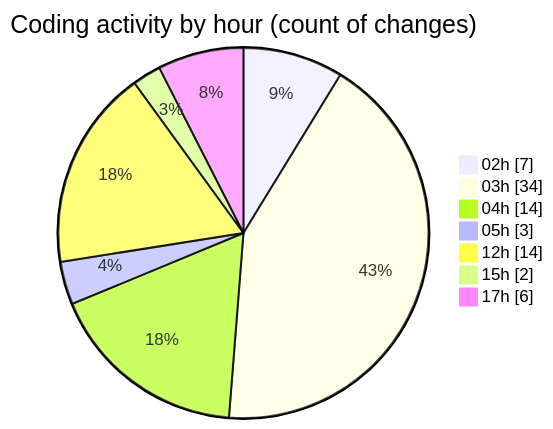
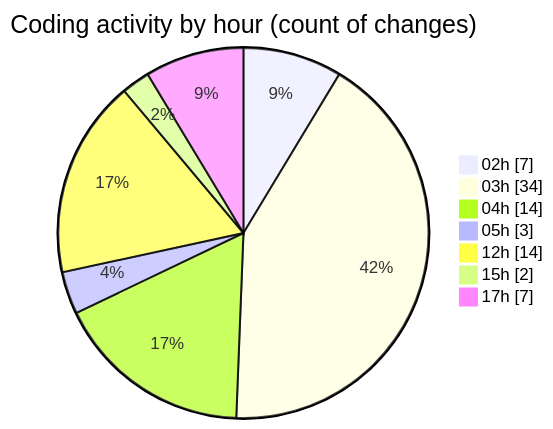
The second of 2 diagrams in 2025-05-29/kimberly-groups/README.md (JenPaints/code-tracking), drawn with Mermaid before and after one commit. The commit also changed other lines of this file and 1 other file, not shown here.

````diff
--- a/2025-05-29/kimberly-groups/README.md
+++ b/2025-05-29/kimberly-groups/README.md
@@ -37,11 +37,11 @@
 ```mermaid
 pie showData
 title Coding activity by hour (count of changes)
 "02h" : 7
 "03h" : 34
 "04h" : 14
 "05h" : 3
 "12h" : 14
 "15h" : 2
-"17h" : 6
+"17h" : 7
 ```
````
